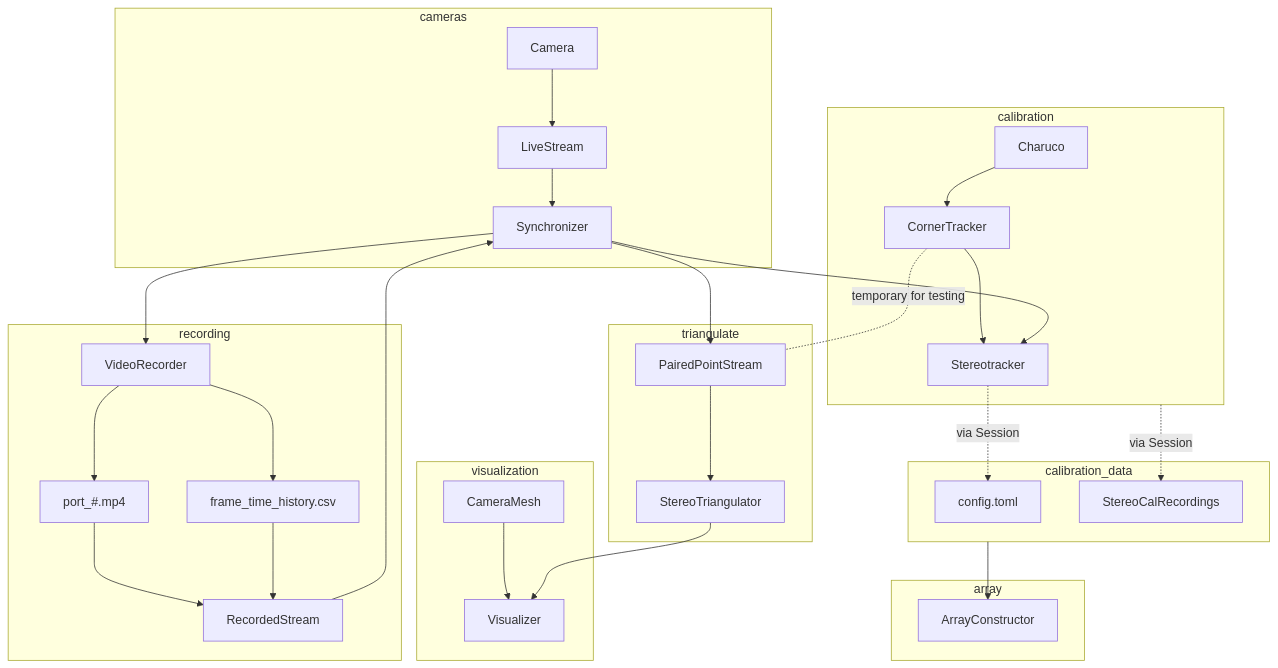
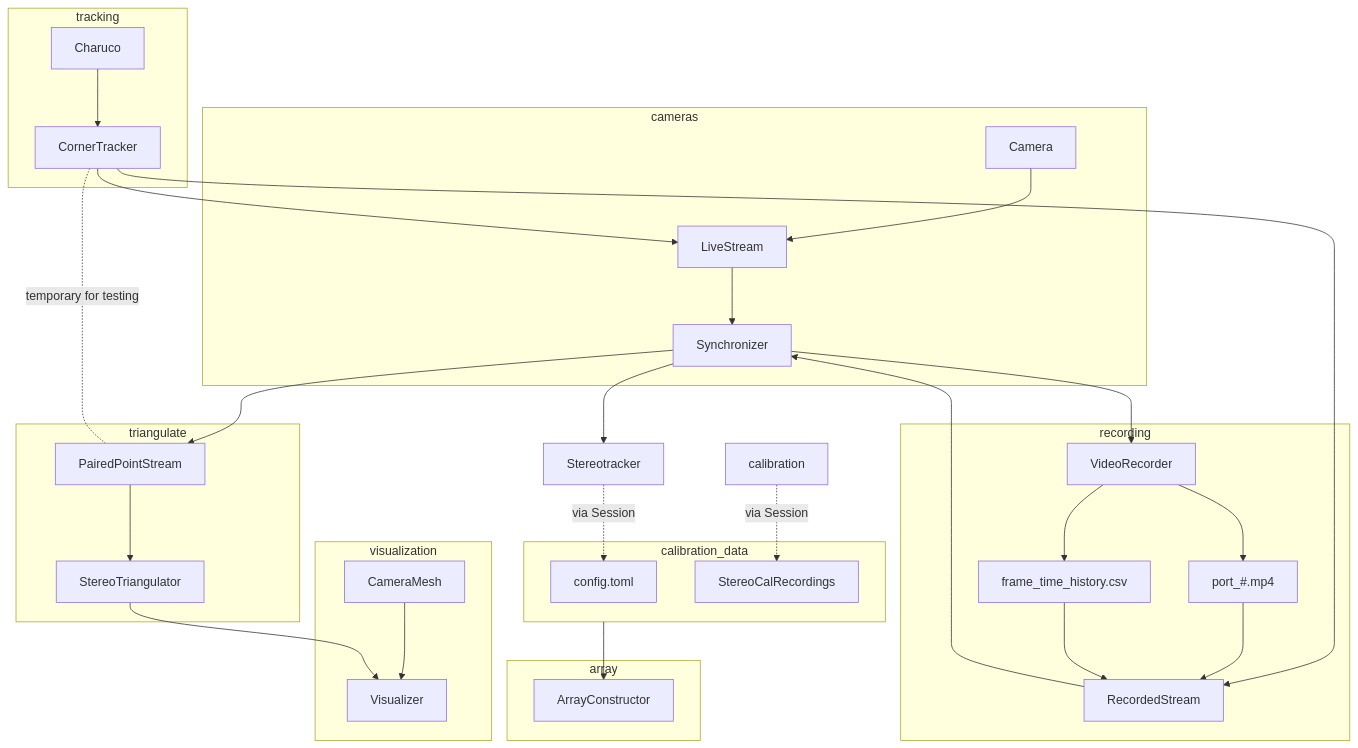
One commit to mprib/caliscope changed the diagram in README.md. Above: the diagram before and after it, drawn with Mermaid.

Commit message:
reflect current state of things...ready to merge

````diff
--- a/README.md
+++ b/README.md
@@ -13,51 +13,53 @@
 ```mermaid
 graph TD
 
 subgraph cameras
 Camera --> LiveStream
 LiveStream --> Synchronizer
 end
 
-subgraph calibration
+subgraph tracking
 Charuco --> CornerTracker
-CornerTracker --> Stereotracker
+CornerTracker --> LiveStream
+
 end
+CornerTracker --> RecordedStream
 
 Synchronizer --> Stereotracker
 subgraph calibration_data
 config.toml
 StereoCalRecordings
 end
 
 Stereotracker -.via Session.-> config.toml
 calibration -.via Session.-> StereoCalRecordings
 calibration_data --> ArrayConstructor
 
 subgraph array
 ArrayConstructor
 end
 
 Synchronizer --> PairedPointStream 
 
 subgraph recording
 Synchronizer --> VideoRecorder
 VideoRecorder --> port_#.mp4
 VideoRecorder --> frame_time_history.csv
 
 port_#.mp4 --> RecordedStream
 frame_time_history.csv --> RecordedStream
 RecordedStream --> Synchronizer
 end
 
 CornerTracker -.temporary for testing.- PairedPointStream
 
 subgraph triangulate
 PairedPointStream --> StereoTriangulator
 end
 
 subgraph visualization
 CameraMesh --> Visualizer
 StereoTriangulator --> Visualizer
 end
 
 ```
````
